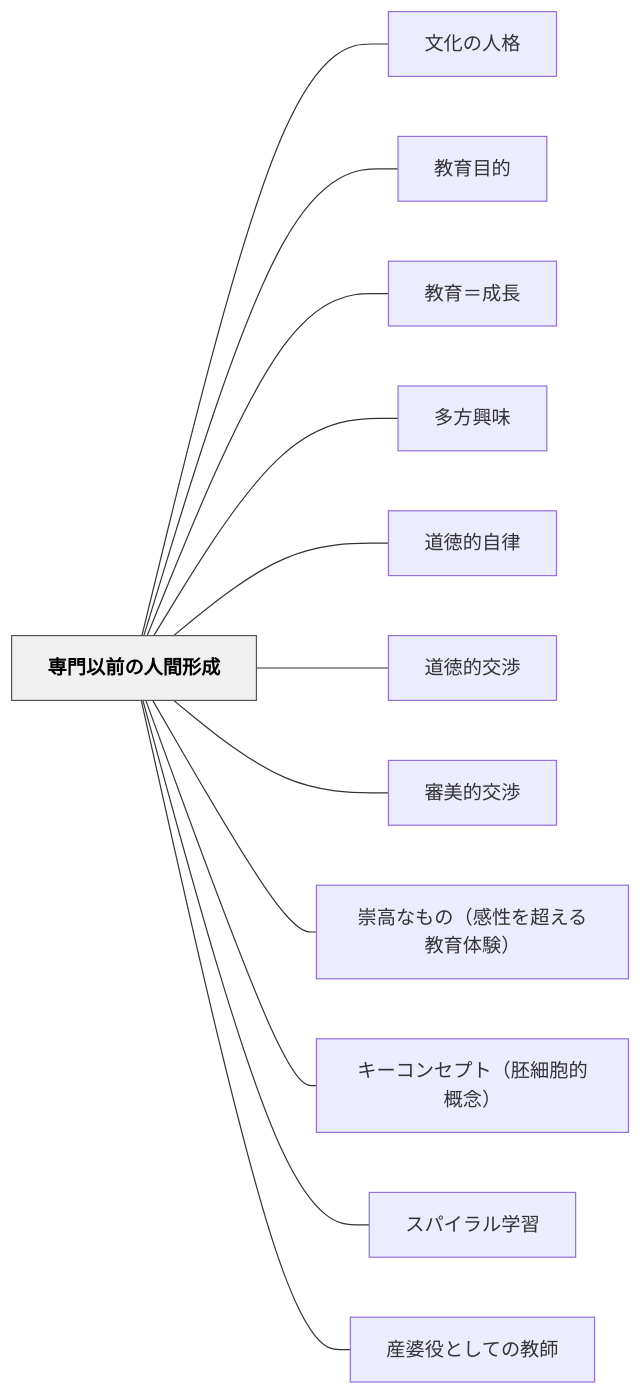
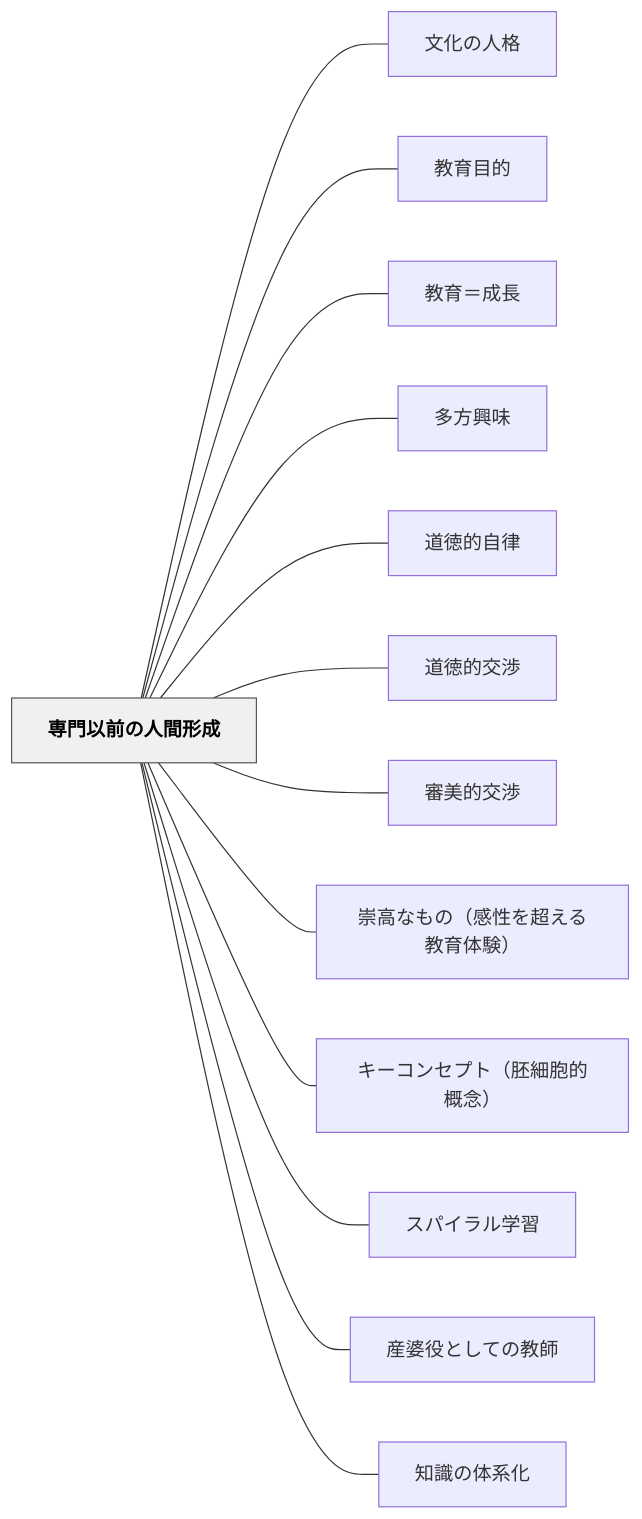
Before and after one commit to unknownthings-ed-patterns/unknownthings-ed-patterns: the diagram in content/パタン/専門以前の人間形成.md, drawn with Mermaid. The commit also changed other lines of this file and 2 other files, not shown here.

Commit message:
auto: Obsidianから同期 2026-06-11 04:56

````diff
--- a/content/パタン/専門以前の人間形成.md
+++ b/content/パタン/専門以前の人間形成.md
@@ -124,30 +125,32 @@
 ```mermaid
 flowchart LR
     ne5b082e99680e4bba5e5898de381aee4babae99693e5bda2e68890["専門以前の人間形成"]
     ne69687e58c96e381aee4babae6a0bc["文化の人格"]
     ne69599e882b2e79baee79a84["教育目的"]
     ne69599e882b2efbc9de68890e995b7["教育＝成長"]
     ne5a49ae696b9e88888e591b3["多方興味"]
     ne98193e5beb3e79a84e887aae5be8b["道徳的自律"]
     ne98193e5beb3e79a84e4baa4e6b889["道徳的交渉"]
     ne5afa9e7be8ee79a84e4baa4e6b889["審美的交渉"]
     ne5b487e9ab98e381aae38282e381aeefbc88e6849fe680a7e38292e8b685e38188e3828be69599e882b2e4bd93e9a893efbc89["崇高なもの（感性を超える教育体験）"]
     ne382ade383bce382b3e383b3e382bbe38397e38388efbc88e8839ae7b4b0e8839ee79a84e6a682e5bfb5efbc89["キーコンセプト（胚細胞的概念）"]
     ne382b9e38391e382a4e383a9e383abe5ada6e7bf92["スパイラル学習"]
     ne794a3e5a986e5bdb9e381a8e38197e381a6e381aee69599e5b8ab["産婆役としての教師"]
+    ne79fa5e8ad98e381aee4bd93e7b3bbe58c96["知識の体系化"]
 
     ne5b082e99680e4bba5e5898de381aee4babae99693e5bda2e68890 --- ne69687e58c96e381aee4babae6a0bc
     ne5b082e99680e4bba5e5898de381aee4babae99693e5bda2e68890 --- ne69599e882b2e79baee79a84
     ne5b082e99680e4bba5e5898de381aee4babae99693e5bda2e68890 --- ne69599e882b2efbc9de68890e995b7
     ne5b082e99680e4bba5e5898de381aee4babae99693e5bda2e68890 --- ne5a49ae696b9e88888e591b3
     ne5b082e99680e4bba5e5898de381aee4babae99693e5bda2e68890 --- ne98193e5beb3e79a84e887aae5be8b
     ne5b082e99680e4bba5e5898de381aee4babae99693e5bda2e68890 --- ne98193e5beb3e79a84e4baa4e6b889
     ne5b082e99680e4bba5e5898de381aee4babae99693e5bda2e68890 --- ne5afa9e7be8ee79a84e4baa4e6b889
     ne5b082e99680e4bba5e5898de381aee4babae99693e5bda2e68890 --- ne5b487e9ab98e381aae38282e381aeefbc88e6849fe680a7e38292e8b685e38188e3828be69599e882b2e4bd93e9a893efbc89
     ne5b082e99680e4bba5e5898de381aee4babae99693e5bda2e68890 --- ne382ade383bce382b3e383b3e382bbe38397e38388efbc88e8839ae7b4b0e8839ee79a84e6a682e5bfb5efbc89
     ne5b082e99680e4bba5e5898de381aee4babae99693e5bda2e68890 --- ne382b9e38391e382a4e383a9e383abe5ada6e7bf92
     ne5b082e99680e4bba5e5898de381aee4babae99693e5bda2e68890 --- ne794a3e5a986e5bdb9e381a8e38197e381a6e381aee69599e5b8ab
+    ne5b082e99680e4bba5e5898de381aee4babae99693e5bda2e68890 --- ne79fa5e8ad98e381aee4bd93e7b3bbe58c96
 
     classDef hub fill:#f0f0f0,stroke:#555,color:#000,font-weight:bold
     class ne5b082e99680e4bba5e5898de381aee4babae99693e5bda2e68890 hub
 ```
````
